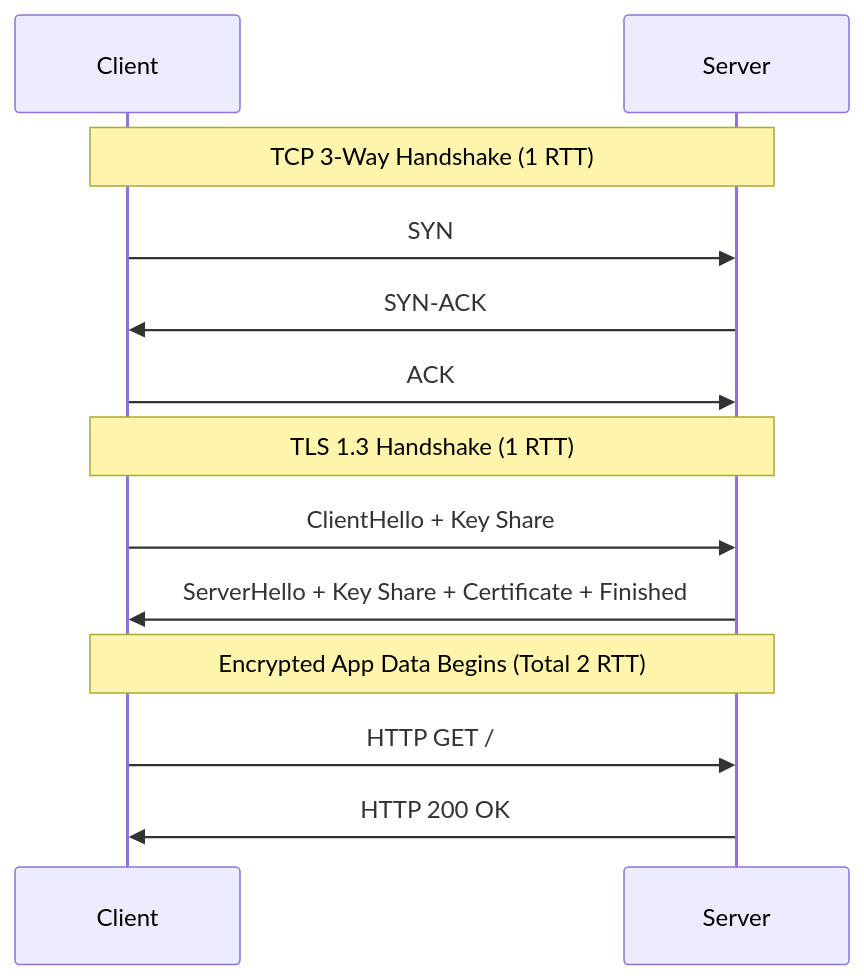
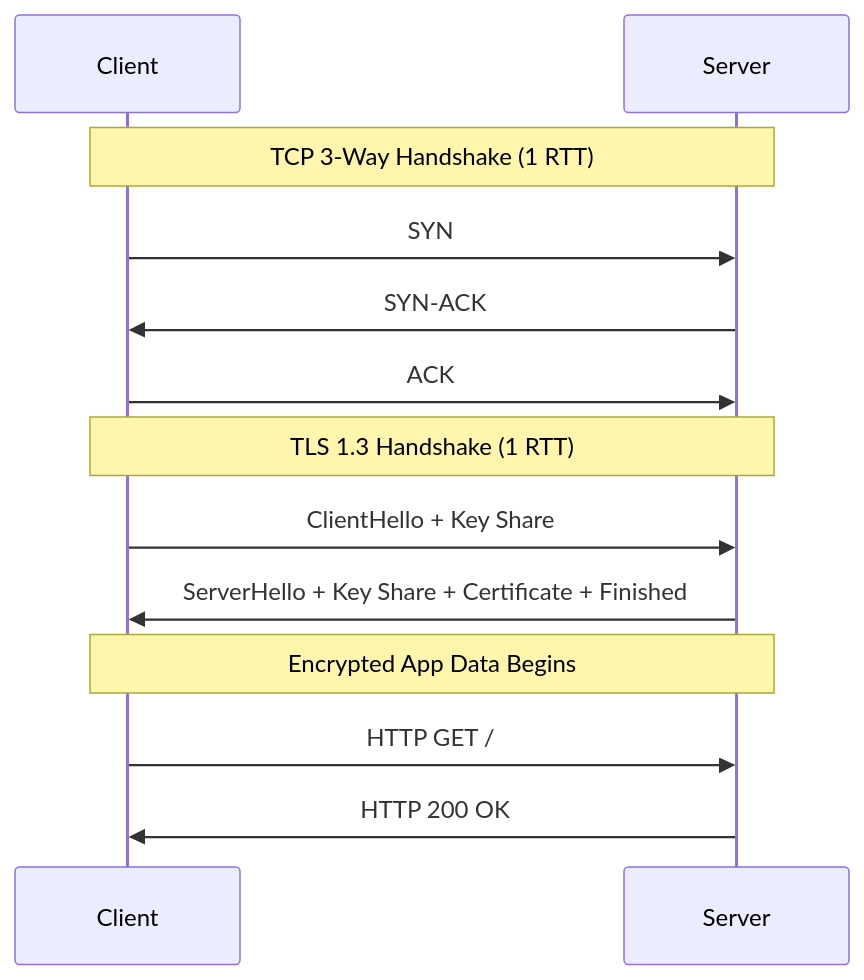
Before and after one commit to fazleyrabby/backend-engineering-mastery: the diagram in cs-fundamentals/04_networking_tcp_tls_http.md, drawn with Mermaid. The commit also changed other lines of this file and 15 other files, not shown here.

````diff
--- a/cs-fundamentals/04_networking_tcp_tls_http.md
+++ b/cs-fundamentals/04_networking_tcp_tls_http.md
@@ -31,18 +23,18 @@
 ```mermaid
 sequenceDiagram
     participant C as Client
     participant S as Server
     
     note over C,S: TCP 3-Way Handshake (1 RTT)
     C->>S: SYN
     S->>C: SYN-ACK
     C->>S: ACK
     
     note over C,S: TLS 1.3 Handshake (1 RTT)
     C->>S: ClientHello + Key Share
     S->>C: ServerHello + Key Share + Certificate + Finished
     
-    note over C,S: Encrypted App Data Begins (Total 2 RTT)
+    note over C,S: Encrypted App Data Begins
     C->>S: HTTP GET /
     S->>C: HTTP 200 OK
 ```
````
